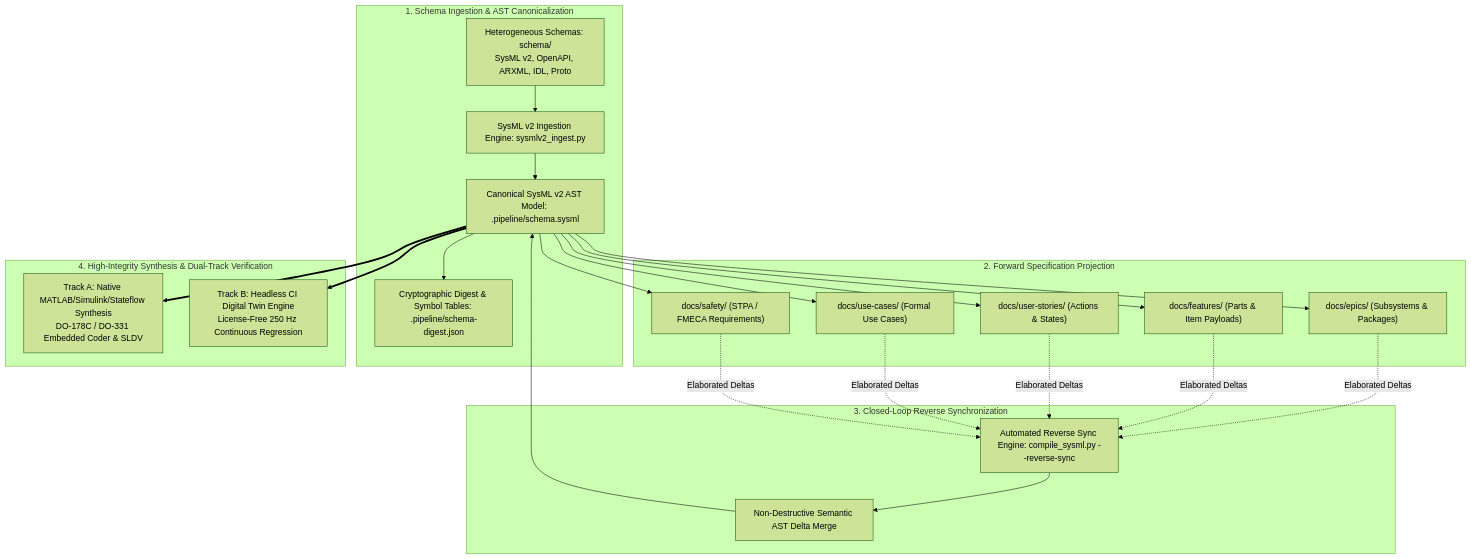
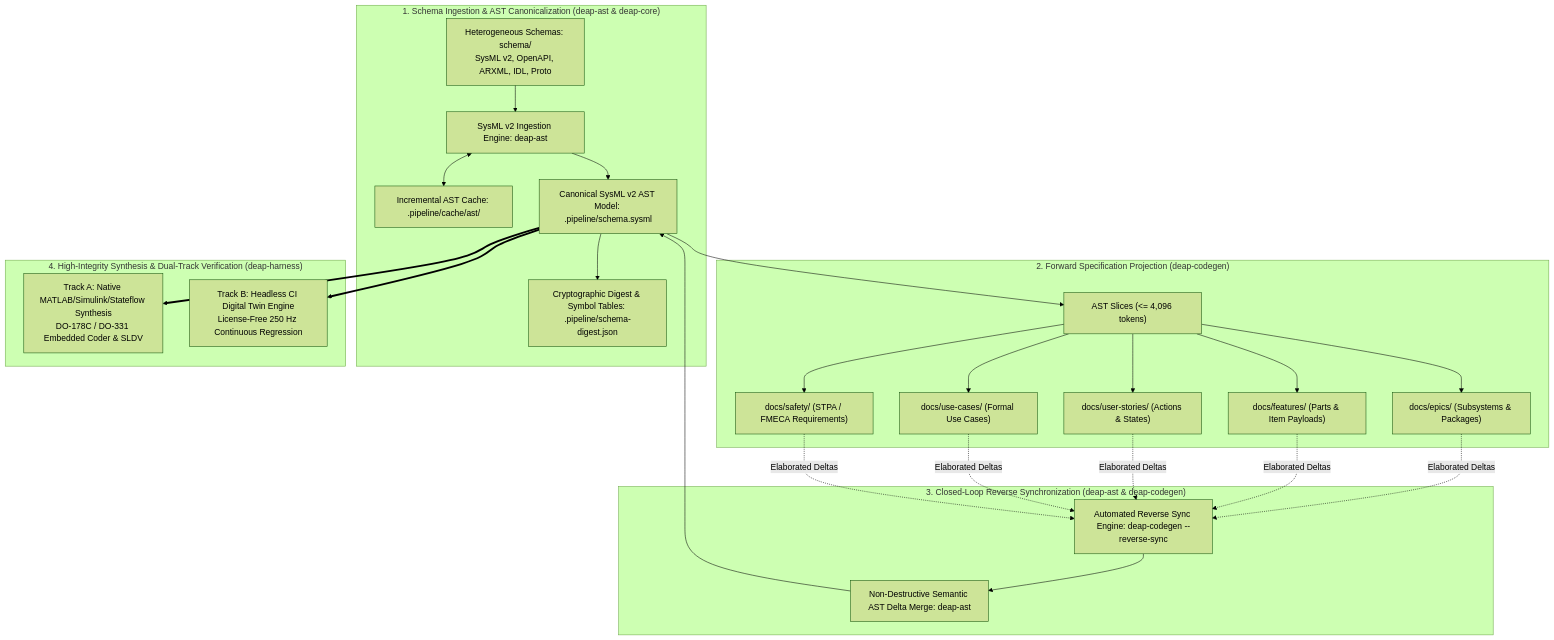
One commit to gintatkinson/DEAP01-spec-core changed the first of 2 diagrams in docs/architecture/blueprints/SYSML_SSOT_BIDIRECTIONAL_SYNCHRONIZATION_ARCHITECTURE.md. Above: the diagram before and after it, drawn with Mermaid (forest theme). The commit also changed other lines of this file and 34 other files, not shown here.

Commit message:
docs(architecture): decontaminate reference blueprints and establish master execution plan (refs #405, refs #406)

````diff
--- a/docs/architecture/blueprints/SYSML_SSOT_BIDIRECTIONAL_SYNCHRONIZATION_ARCHITECTURE.md
+++ b/docs/architecture/blueprints/SYSML_SSOT_BIDIRECTIONAL_SYNCHRONIZATION_ARCHITECTURE.md
@@ -23,49 +31,53 @@
 ```mermaid
 flowchart TD
-    subgraph Ingestion["1. Schema Ingestion & AST Canonicalization"]
+    subgraph Ingestion["1. Schema Ingestion & AST Canonicalization (deap-ast & deap-core)"]
         HET_SCHEMA["Heterogeneous Schemas: schema/\nSysML v2, OpenAPI, ARXML, IDL, Proto"]
-        INGEST_ENG["SysML v2 Ingestion Engine: sysmlv2_ingest.py"]
+        INGEST_ENG["SysML v2 Ingestion Engine: deap-ast"]
+        CACHE["Incremental AST Cache: .pipeline/cache/ast/"]
         SYSML_AST["Canonical SysML v2 AST Model: .pipeline/schema.sysml"]
         DIGEST["Cryptographic Digest & Symbol Tables: .pipeline/schema-digest.json"]
     end
 
-    subgraph Downstream["2. Forward Specification Projection"]
+    subgraph Downstream["2. Forward Specification Projection (deap-codegen)"]
+        SLICES["AST Slices (<= 4,096 tokens)"]
         EPICS["docs/epics/ (Subsystems & Packages)"]
         FEATS["docs/features/ (Parts & Item Payloads)"]
         STORIES["docs/user-stories/ (Actions & States)"]
         USECASES["docs/use-cases/ (Formal Use Cases)"]
         SAFETY["docs/safety/ (STPA / FMECA Requirements)"]
     end
 
-    subgraph ReverseSync["3. Closed-Loop Reverse Synchronization"]
-        REVERSE_ENG["Automated Reverse Sync Engine: compile_sysml.py --reverse-sync"]
-        DELTA_MERGE["Non-Destructive Semantic AST Delta Merge"]
+    subgraph ReverseSync["3. Closed-Loop Reverse Synchronization (deap-ast & deap-codegen)"]
+        REVERSE_ENG["Automated Reverse Sync Engine: deap-codegen --reverse-sync"]
+        DELTA_MERGE["Non-Destructive Semantic AST Delta Merge: deap-ast"]
     end
 
-    subgraph DualTrack["4. High-Integrity Synthesis & Dual-Track Verification"]
+    subgraph DualTrack["4. High-Integrity Synthesis & Dual-Track Verification (deap-harness)"]
         TRACK_A["Track A: Native MATLAB/Simulink/Stateflow Synthesis\nDO-178C / DO-331 Embedded Coder & SLDV"]
         TRACK_B["Track B: Headless CI Digital Twin Engine\nLicense-Free 250 Hz Continuous Regression"]
     end
 
     HET_SCHEMA --> INGEST_ENG
+    INGEST_ENG <--> CACHE
     INGEST_ENG --> SYSML_AST
     SYSML_AST --> DIGEST
 
-    SYSML_AST --> EPICS
-    SYSML_AST --> FEATS
-    SYSML_AST --> STORIES
-    SYSML_AST --> USECASES
-    SYSML_AST --> SAFETY
+    SYSML_AST --> SLICES
+    SLICES --> EPICS
+    SLICES --> FEATS
+    SLICES --> STORIES
+    SLICES --> USECASES
+    SLICES --> SAFETY
 
     EPICS -.->|"Elaborated Deltas"| REVERSE_ENG
     FEATS -.->|"Elaborated Deltas"| REVERSE_ENG
     STORIES -.->|"Elaborated Deltas"| REVERSE_ENG
     USECASES -.->|"Elaborated Deltas"| REVERSE_ENG
     SAFETY -.->|"Elaborated Deltas"| REVERSE_ENG
 
     REVERSE_ENG --> DELTA_MERGE
     DELTA_MERGE --> SYSML_AST
 
     SYSML_AST ==> TRACK_A
     SYSML_AST ==> TRACK_B
 ```
````
